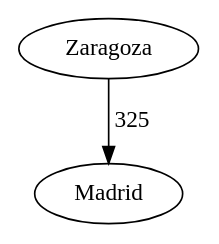
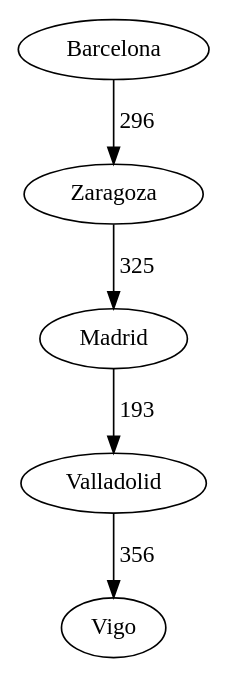
Before and after one commit to dani3l8200/EDD_PROYECTO2_201801364_201807100: the diagram in RutaN.dot, drawn with Graphviz. The commit also changed 117 other files, not shown here.

```diff
--- a/RutaN.dot
+++ b/RutaN.dot
@@ -1,7 +1,13 @@
 digraph D {
 
+	Barcelona[label="Barcelona"]
 	Zaragoza[label="Zaragoza"]
+	Barcelona -> Zaragoza [label="296"]
 	Madrid[label="Madrid"]
 	Zaragoza -> Madrid [label="325"]
+	Valladolid[label="Valladolid"]
+	Madrid -> Valladolid [label="193"]
+	Vigo[label="Vigo"]
+	Valladolid -> Vigo [label="356"]
 
 }
```
